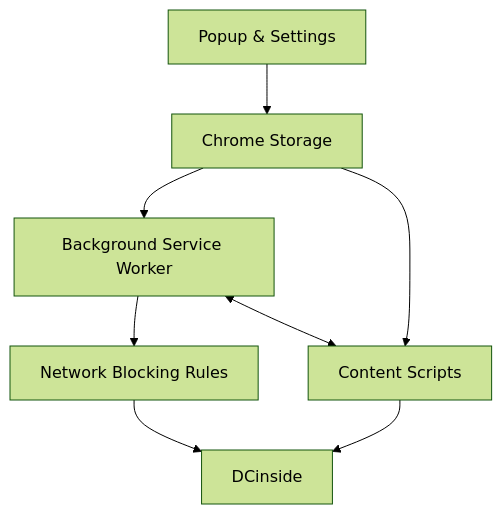
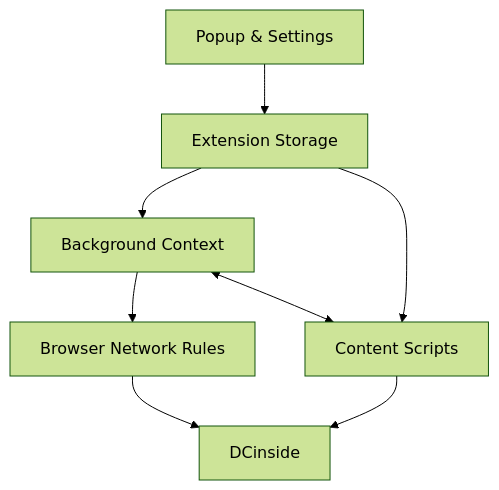
The diagram in README.md (diligencefrozen/DCinside-Gallery-Blocker), drawn with Mermaid (forest theme) before and after one commit. The commit also changed other lines of this file and 1 other file, not shown here.

````diff
--- a/README.md
+++ b/README.md
@@ -206,17 +219,17 @@
 ```mermaid
 flowchart TD
     UI["Popup & Settings"]
-    Storage["Chrome Storage"]
-    Background["Background Service Worker"]
+    Storage["Extension Storage"]
+    Background["Background Context"]
     Content["Content Scripts"]
-    Rules["Network Blocking Rules"]
+    Rules["Browser Network Rules"]
     Site["DCinside"]
 
     UI --> Storage
     Storage --> Background
     Storage --> Content
     Background --> Rules
     Background <--> Content
     Rules --> Site
     Content --> Site
 ```
````
